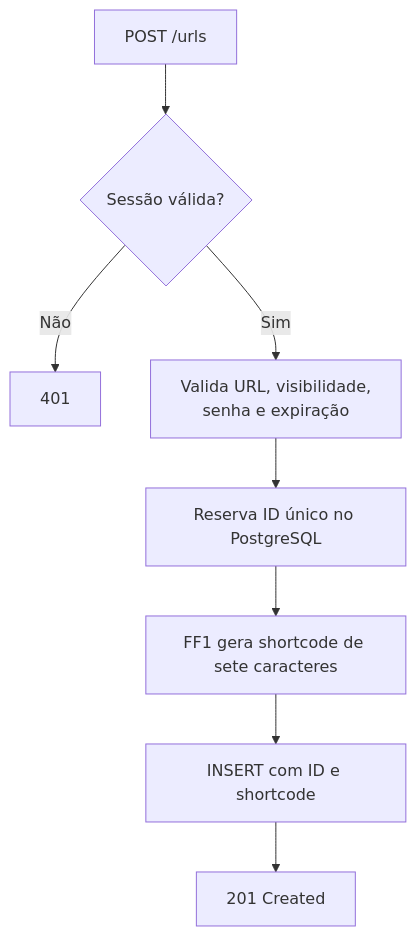
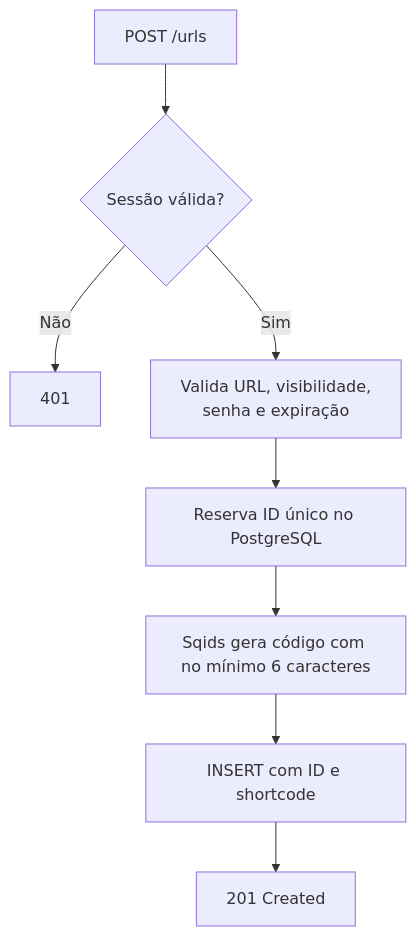
Before and after one commit to fredsaggio/shortbit: the second of 6 diagrams in docs/short-links.md, drawn with Mermaid. The commit also changed other lines of this file and 10 other files, not shown here.

Commit message:
feat(shortcode): implement Sqids for shortcodes with minimum length of six characters

````diff
--- a/docs/short-links.md
+++ b/docs/short-links.md
@@ -63,10 +58,10 @@
 ```mermaid
 flowchart TD
     Request[POST /urls] --> Auth{Sessão válida?}
     Auth -- Não --> Unauthorized[401]
     Auth -- Sim --> Validate[Valida URL, visibilidade,<br/>senha e expiração]
     Validate --> Allocate[Reserva ID único no PostgreSQL]
-    Allocate --> Encode[FF1 gera shortcode de sete caracteres]
+    Allocate --> Encode[Sqids gera código com no mínimo 6 caracteres]
     Encode --> Insert[INSERT com ID e shortcode]
     Insert --> Created[201 Created]
 ```
````
